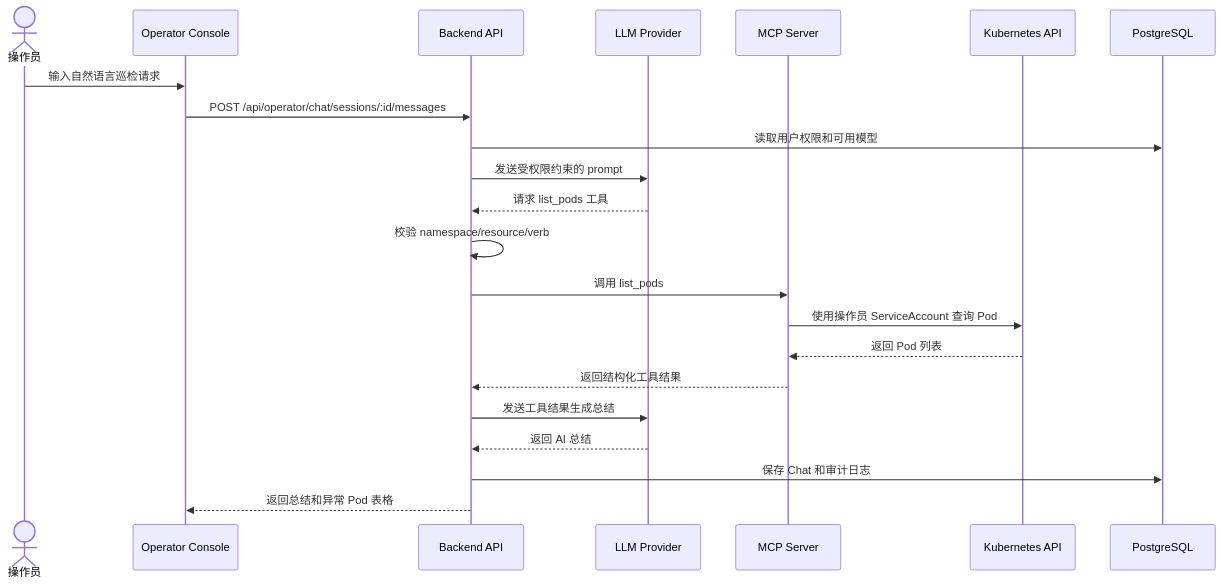
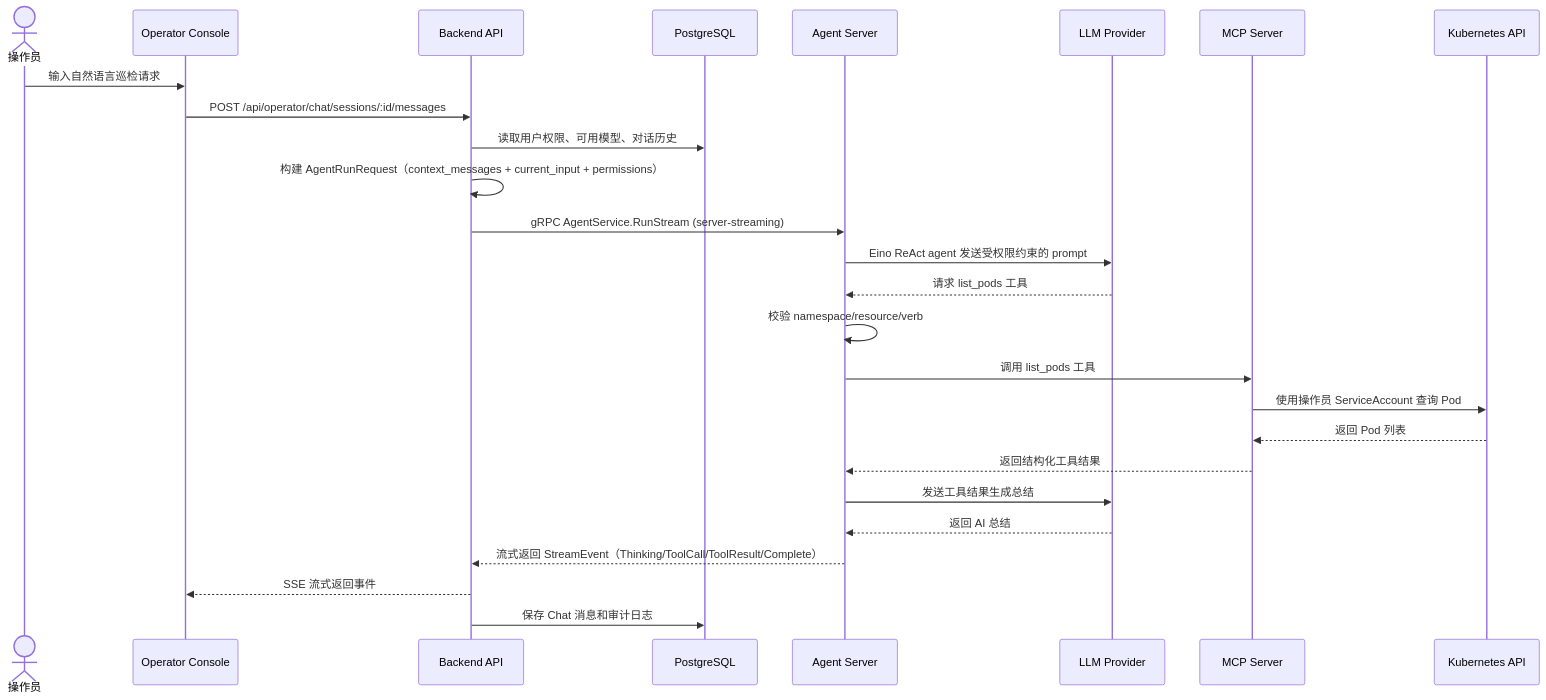
The fourth of 5 diagrams in docs/product/user-journeys.md (ZhaoXiangHeng/k8s-agent), drawn with Mermaid before and after one commit. The commit also changed other lines of this file and 128 other files, not shown here.

First line of the commit message:
feat: complete DDD refactoring, deploy automation, and MCP streaming support

````diff
--- a/docs/product/user-journeys.md
+++ b/docs/product/user-journeys.md
@@ -65,25 +67,29 @@
 ```mermaid
 sequenceDiagram
   actor Operator as 操作员
   participant UI as Operator Console
   participant API as Backend API
+  participant DB as PostgreSQL
+  participant Agent as Agent Server
   participant LLM as LLM Provider
   participant MCP as MCP Server
   participant K8S as Kubernetes API
-  participant DB as PostgreSQL
 
   Operator->>UI: 输入自然语言巡检请求
   UI->>API: POST /api/operator/chat/sessions/:id/messages
-  API->>DB: 读取用户权限和可用模型
-  API->>LLM: 发送受权限约束的 prompt
-  LLM-->>API: 请求 list_pods 工具
-  API->>API: 校验 namespace/resource/verb
-  API->>MCP: 调用 list_pods
+  API->>DB: 读取用户权限、可用模型、对话历史
+  API->>API: 构建 AgentRunRequest（context_messages + current_input + permissions）
+  API->>Agent: gRPC AgentService.RunStream (server-streaming)
+  Agent->>LLM: Eino ReAct agent 发送受权限约束的 prompt
+  LLM-->>Agent: 请求 list_pods 工具
+  Agent->>Agent: 校验 namespace/resource/verb
+  Agent->>MCP: 调用 list_pods 工具
   MCP->>K8S: 使用操作员 ServiceAccount 查询 Pod
   K8S-->>MCP: 返回 Pod 列表
-  MCP-->>API: 返回结构化工具结果
-  API->>LLM: 发送工具结果生成总结
-  LLM-->>API: 返回 AI 总结
-  API->>DB: 保存 Chat 和审计日志
-  API-->>UI: 返回总结和异常 Pod 表格
+  MCP-->>Agent: 返回结构化工具结果
+  Agent->>LLM: 发送工具结果生成总结
+  LLM-->>Agent: 返回 AI 总结
+  Agent-->>API: 流式返回 StreamEvent（Thinking/ToolCall/ToolResult/Complete）
+  API-->>UI: SSE 流式返回事件
+  API->>DB: 保存 Chat 消息和审计日志
 ```
````
